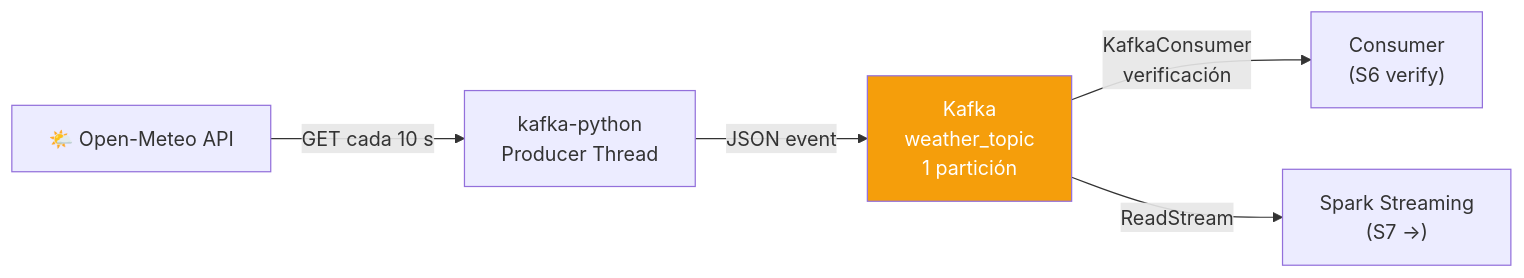
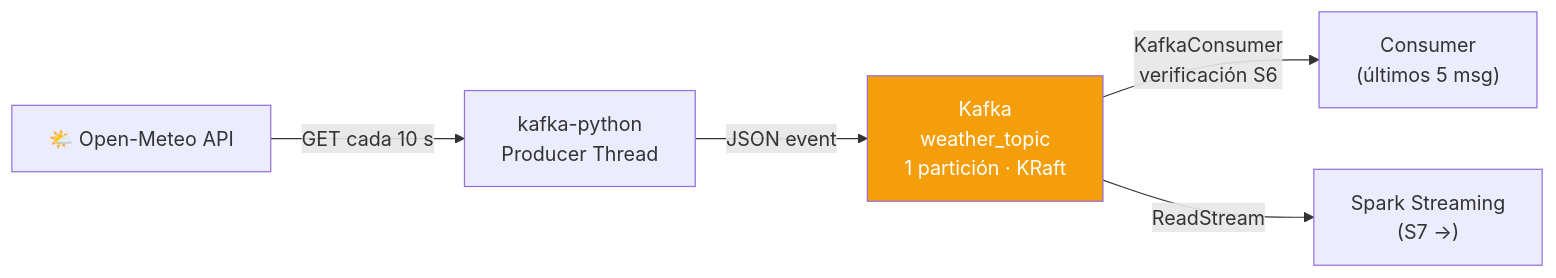
The diagram in docs/s6_kafka.md (TheReeds/big-data-pipelineML), drawn with Mermaid before and after one commit. The commit also changed other lines of this file and 8 other files, not shown here.

````diff
--- a/docs/s6_kafka.md
+++ b/docs/s6_kafka.md
@@ -7,15 +7,14 @@
 ```mermaid
 flowchart LR
     A["🌤️ Open-Meteo API"] -->|"GET cada 10 s"| B["kafka-python
 Producer Thread"]
     B -->|"JSON event"| C["Kafka
 weather_topic
-1 partición"]
+1 partición · KRaft"]
     C -->|"KafkaConsumer
-verificación"| D["Consumer
-(S6 verify)"]
+verificación S6"| D["Consumer
+(últimos 5 msg)"]
     C -->|"ReadStream"| E["Spark Streaming
 (S7 →)"]
-
     style C fill:#f59e0b,color:#fff
 ```
````
